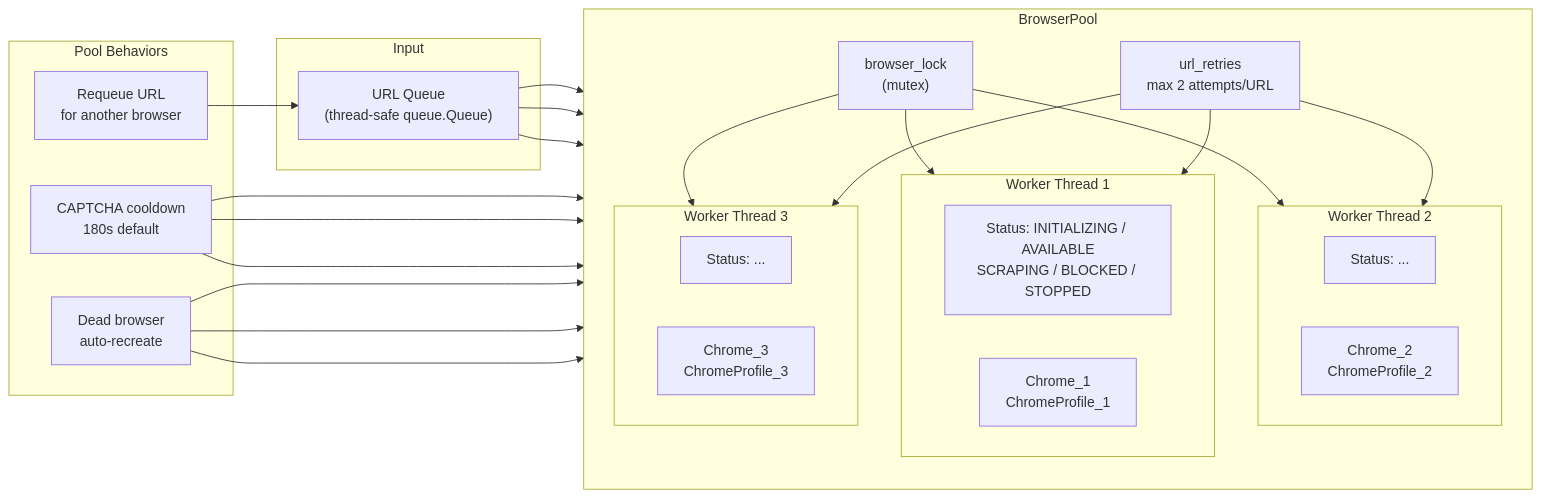
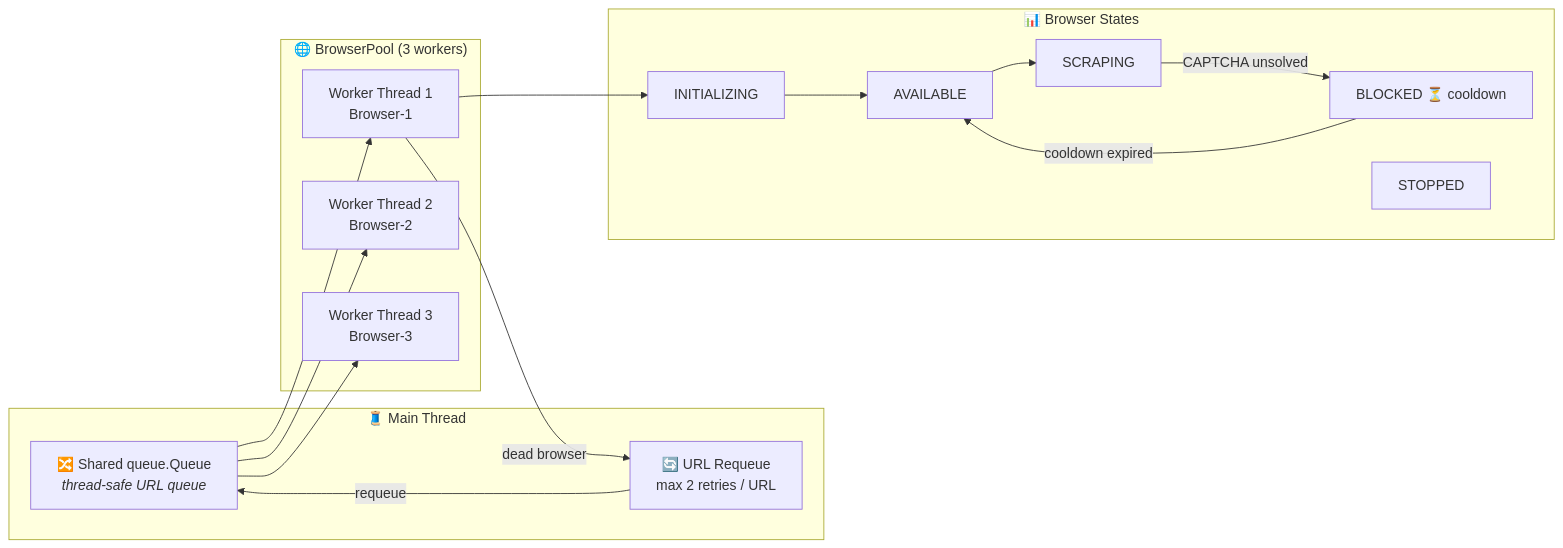
One commit to Abhiram126/osteoporosis-risk-prediction changed the second of 5 diagrams in README.md. Above: the diagram before and after it, drawn with Mermaid. The commit also changed other lines of this file, not shown here.

````diff
--- a/README.md
+++ b/README.md
@@ -200,50 +305,30 @@
 ```mermaid
 flowchart LR
-    subgraph Input["Input"]
-        URLS["URL Queue<br/>(thread-safe queue.Queue)"]
+    subgraph Main["🧵 Main Thread"]
+        Q["🔀 Shared queue.Queue<br/><i>thread-safe URL queue</i>"]
+        R["🔄 URL Requeue<br/>max 2 retries / URL"]
     end
 
-    subgraph Pool["BrowserPool"]
-        direction TB
-        LOCK["browser_lock<br/>(mutex)"]
-        RETRY["url_retries<br/>max 2 attempts/URL"]
-
-        subgraph W1["Worker Thread 1"]
-            S1["Status: INITIALIZING / AVAILABLE<br/>SCRAPING / BLOCKED / STOPPED"]
-            D1["Chrome_1<br/>ChromeProfile_1"]
-        end
-
-        subgraph W2["Worker Thread 2"]
-            S2["Status: ..."]
-            D2["Chrome_2<br/>ChromeProfile_2"]
-        end
-
-        subgraph W3["Worker Thread 3"]
-            S3["Status: ..."]
-            D3["Chrome_3<br/>ChromeProfile_3"]
-        end
+    subgraph Pool["🌐 BrowserPool (3 workers)"]
+        W1["Worker Thread 1<br/>Browser-1"]
+        W2["Worker Thread 2<br/>Browser-2"]
+        W3["Worker Thread 3<br/>Browser-3"]
     end
 
-    subgraph Logic["Pool Behaviors"]
-        COOLDOWN["CAPTCHA cooldown<br/>180s default"]
-        RECREATE["Dead browser<br/>auto-recreate"]
-        REQUEUE["Requeue URL<br/>for another browser"]
+    subgraph States["📊 Browser States"]
+        S1["INITIALIZING"]
+        S2["AVAILABLE"]
+        S3["SCRAPING"]
+        S4["BLOCKED ⏳ cooldown"]
+        S5["STOPPED"]
     end
 
-    URLS --> W1
-    URLS --> W2
-    URLS --> W3
-    LOCK --> W1
-    LOCK --> W2
-    LOCK --> W3
-    RETRY --> W1
-    RETRY --> W2
-    RETRY --> W3
-    COOLDOWN --> W1
-    COOLDOWN --> W2
-    COOLDOWN --> W3
-    RECREATE --> W1
-    RECREATE --> W2
-    RECREATE --> W3
-    REQUEUE --> URLS
+    Q --> W1
+    Q --> W2
+    Q --> W3
+    W1 --> S1 --> S2 --> S3
+    S3 -- CAPTCHA unsolved --> S4
+    S4 -- cooldown expired --> S2
+    W1 -- dead browser --> R
+    R -- requeue --> Q
 ```
````
